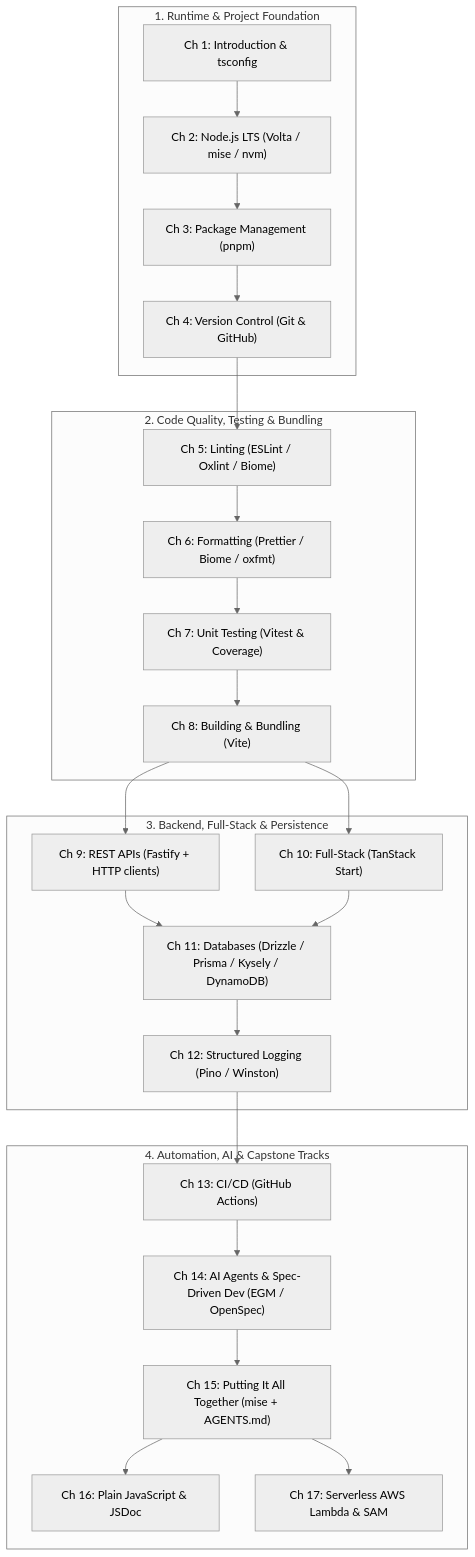
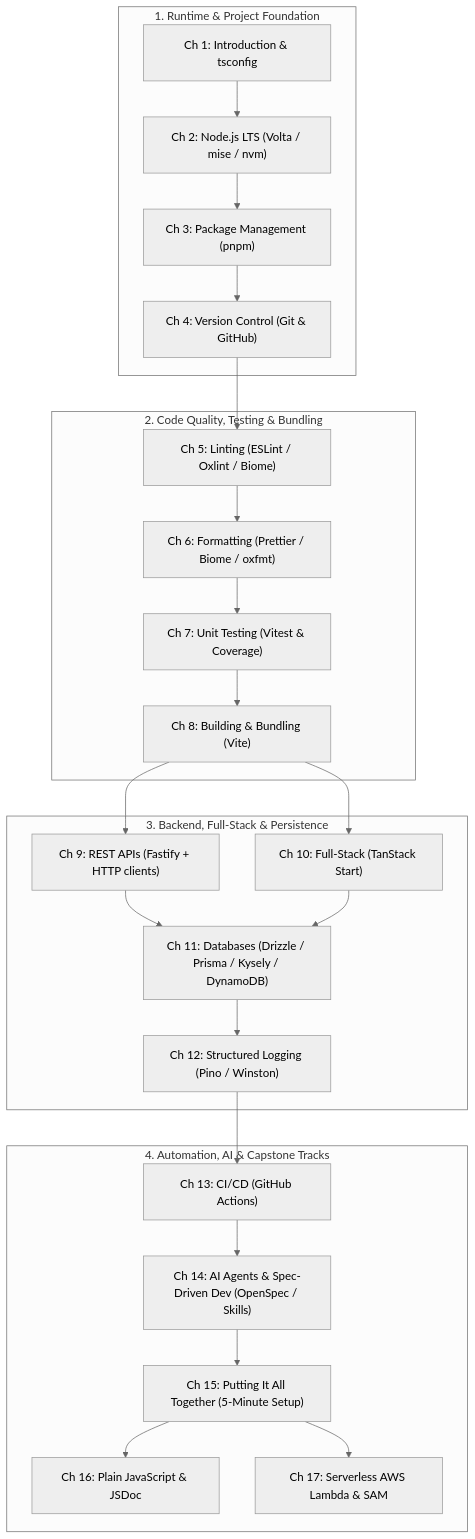
Before and after one commit to amitsk/typescript-development-env: the diagram in README.md, drawn with Mermaid (neutral theme). The commit also changed other lines of this file and 4 other files, not shown here.

Commit message:
Declutter LLMs and Putting It Together chapters, expand OpenSpec, and add Spec Kit and agent-skills links

````diff
--- a/README.md
+++ b/README.md
@@ -20,31 +20,31 @@
 ```mermaid
 flowchart TD
     subgraph Foundation["1. Runtime & Project Foundation"]
         C1["Ch 1: Introduction & tsconfig"] --> C2["Ch 2: Node.js LTS (Volta / mise / nvm)"]
         C2 --> C3["Ch 3: Package Management (pnpm)"]
         C3 --> C4["Ch 4: Version Control (Git & GitHub)"]
     end
 
     subgraph Quality["2. Code Quality, Testing & Bundling"]
         C4 --> C5["Ch 5: Linting (ESLint / Oxlint / Biome)"]
         C5 --> C6["Ch 6: Formatting (Prettier / Biome / oxfmt)"]
         C6 --> C7["Ch 7: Unit Testing (Vitest & Coverage)"]
         C7 --> C8["Ch 8: Building & Bundling (Vite)"]
     end
 
     subgraph Apps["3. Backend, Full-Stack & Persistence"]
         C8 --> C9["Ch 9: REST APIs (Fastify + HTTP clients)"]
         C8 --> C10["Ch 10: Full-Stack (TanStack Start)"]
         C9 --> C11["Ch 11: Databases (Drizzle / Prisma / Kysely / DynamoDB)"]
         C10 --> C11
         C11 --> C12["Ch 12: Structured Logging (Pino / Winston)"]
     end
 
     subgraph Workflows["4. Automation, AI & Capstone Tracks"]
         C12 --> C13["Ch 13: CI/CD (GitHub Actions)"]
-        C13 --> C14["Ch 14: AI Agents & Spec-Driven Dev (EGM / OpenSpec)"]
-        C14 --> C15["Ch 15: Putting It All Together (mise + AGENTS.md)"]
+        C13 --> C14["Ch 14: AI Agents & Spec-Driven Dev (OpenSpec / Skills)"]
+        C14 --> C15["Ch 15: Putting It All Together (5-Minute Setup)"]
         C15 --> C16["Ch 16: Plain JavaScript & JSDoc"]
         C15 --> C17["Ch 17: Serverless AWS Lambda & SAM"]
     end
 ```
````
